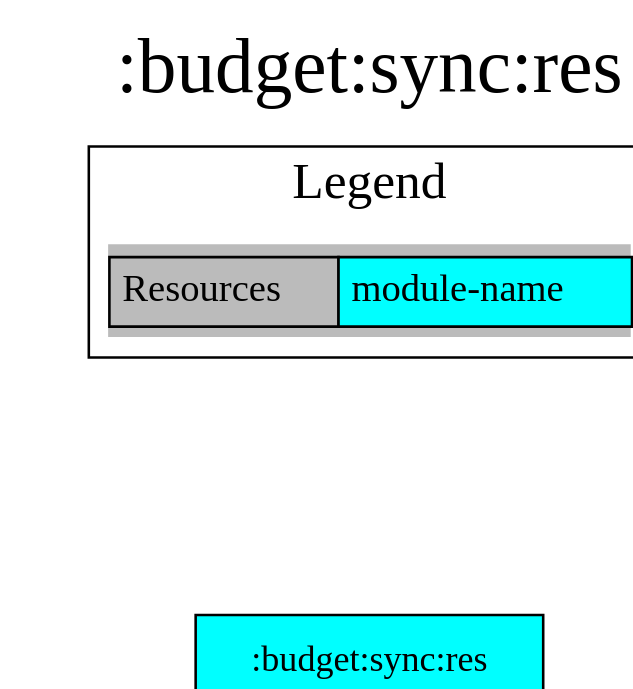
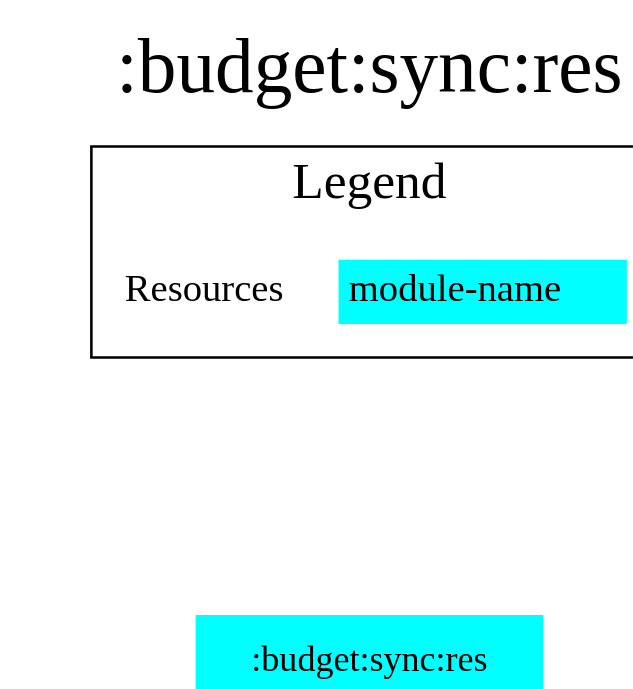
Before and after one commit to jonapoul/aktual: the diagram in modules/budget/sync/res/project-dependency-graph.dot, drawn with Graphviz. The commit also changed 117 other files, not shown here.

Commit message:
Reworked diagrams plugin a bit

```diff
--- a/modules/budget/sync/res/project-dependency-graph.dot
+++ b/modules/budget/sync/res/project-dependency-graph.dot
@@ -1,20 +1,20 @@
 digraph {
 edge ["dir"="forward"]
 graph ["dpi"="100","label"=":budget:sync:res","labelloc"="t","fontsize"="30","ranksep"="1.5","rankdir"="TB"]
 node ["style"="filled"]
-":budget:sync:res" ["shape"="box","fillcolor"="#00FFFF"]
+":budget:sync:res" ["shape"="none","fillcolor"="#00FFFF"]
 {
 edge ["dir"="none"]
 graph ["rank"="same"]
 ":budget:sync:res"
 }
 subgraph "cluster_legend" {
 edge ["dir"="none"]
 graph ["label"="Legend","fontsize"="20"]
-"Legend" ["style"="filled","fillcolor"="#bbbbbb","shape"="none","margin"="0","fontsize"="15","label"=<
-<TABLE BORDER="0" CELLBORDER="1" CELLSPACING="0" CELLPADDING="4">
+"Legend" ["style"="filled","fillcolor"="#FFFFFF","shape"="none","margin"="0","fontsize"="15","label"=<
+<TABLE BORDER="0" CELLBORDER="0" CELLSPACING="0" CELLPADDING="4">
 <TR><TD>Resources</TD><TD BGCOLOR="#00FFFF">module-name</TD></TR>
 </TABLE>
 >]
 } -> ":budget:sync:res" ["style"="invis"]
 }
```
